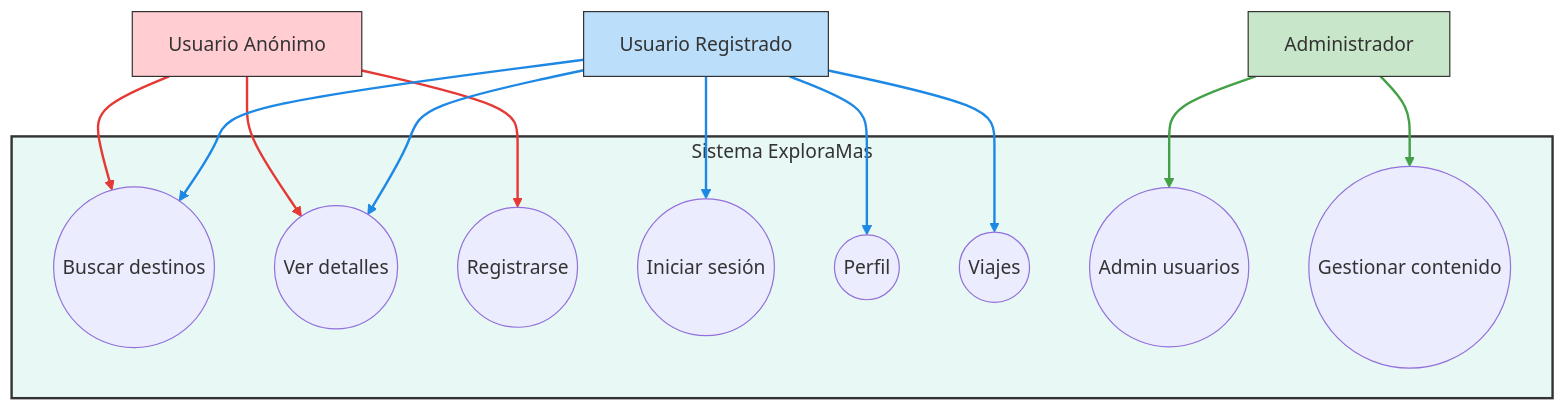
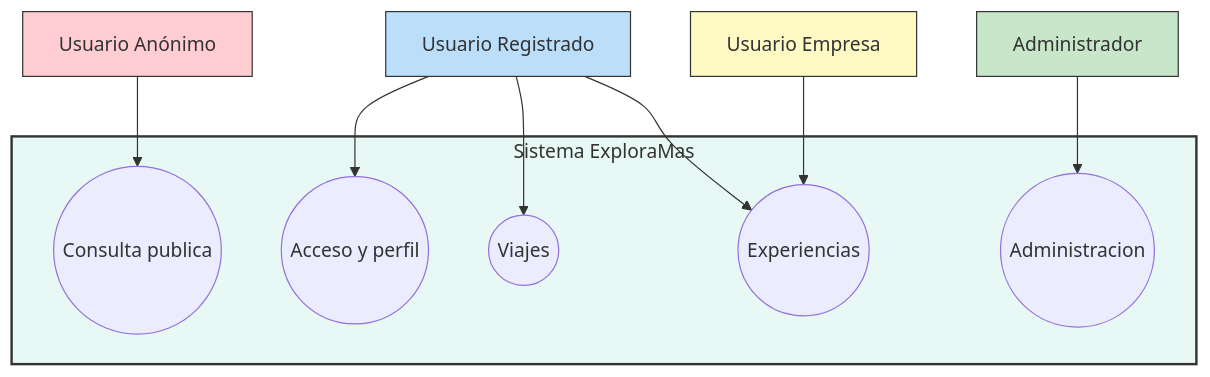
The second of 3 diagrams in templates/4_Deseño.md (Nencro/Proxecto-DAW-2026-Ruben-Barbeito), drawn with Mermaid before and after one commit. The commit also changed other lines of this file and 2 other files, not shown here.

````diff
--- a/templates/4_Deseño.md
+++ b/templates/4_Deseño.md
@@ -90,55 +90,37 @@
 ```mermaid
 flowchart TB
 
-%% ===== SISTEMA (ARRIBA) =====
+%% ===== SISTEMA =====
 subgraph Sistema["Sistema ExploraMas"]
-    U1((Buscar destinos))
-    U2((Ver detalles))
-    U3((Registrarse))
-    U4((Iniciar sesión))
-    U5((Perfil))
-    U6((Viajes))
-    U7((Admin usuarios))
-    U8((Gestionar contenido))
+    U1((Acceso y perfil))
+    U2((Consulta publica))
+    U3((Viajes))
+    U4((Experiencias))
+    U5((Administracion))
 end
 
-%% ===== ACTORES (ABAJO) =====
+%% ===== ACTORES =====
 A1[Usuario Anónimo]
 A2[Usuario Registrado]
-A3[Administrador]
+A3[Usuario Empresa]
+A4[Administrador]
 
 %% ===== RELACIONES =====
-A1 --> U1
 A1 --> U2
-A1 --> U3
 
 A2 --> U1
-A2 --> U2
-A2 --> U5
-A2 --> U6
+A2 --> U3
 A2 --> U4
 
-A3 --> U7
-A3 --> U8
+A3 --> U4
+
+A4 --> U5
 
 %% ===== COLORES =====
 style Sistema fill:#E8F8F5,stroke:#333,stroke-width:2px
 
 style A1 fill:#FFCDD2,stroke:#333
 style A2 fill:#BBDEFB,stroke:#333
-style A3 fill:#C8E6C9,stroke:#333
-
-%% ===== FLECHAS =====
-linkStyle 0 stroke:#E53935,stroke-width:2px
-linkStyle 1 stroke:#E53935,stroke-width:2px
-linkStyle 2 stroke:#E53935,stroke-width:2px
-
-linkStyle 3 stroke:#1E88E5,stroke-width:2px
-linkStyle 4 stroke:#1E88E5,stroke-width:2px
-linkStyle 5 stroke:#1E88E5,stroke-width:2px
-linkStyle 6 stroke:#1E88E5,stroke-width:2px
-linkStyle 7 stroke:#1E88E5,stroke-width:2px
-
-linkStyle 8 stroke:#43A047,stroke-width:2px
-linkStyle 9 stroke:#43A047,stroke-width:2px
+style A3 fill:#FFF9C4,stroke:#333
+style A4 fill:#C8E6C9,stroke:#333
 ```
````
